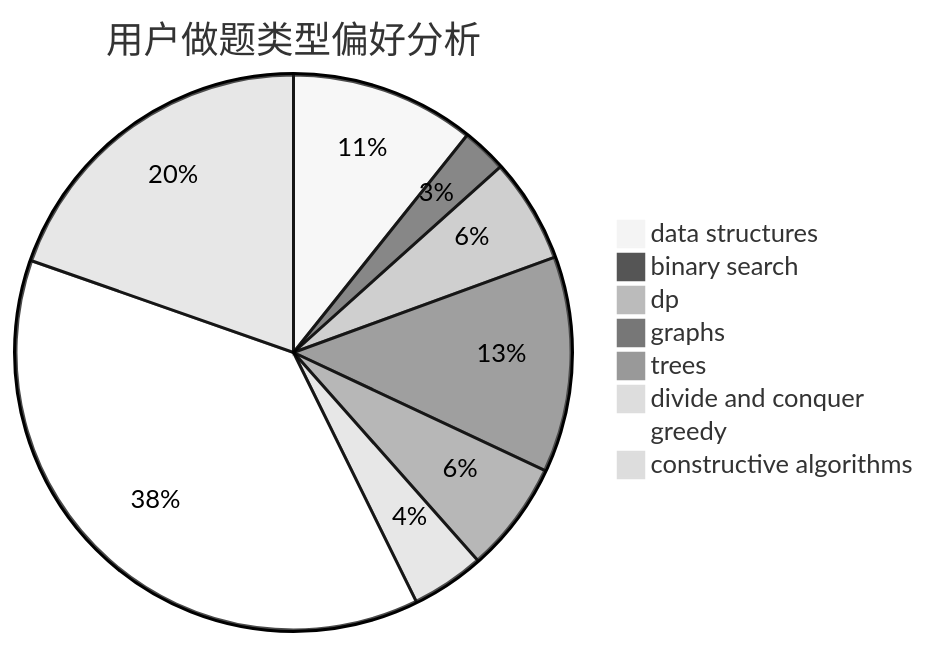
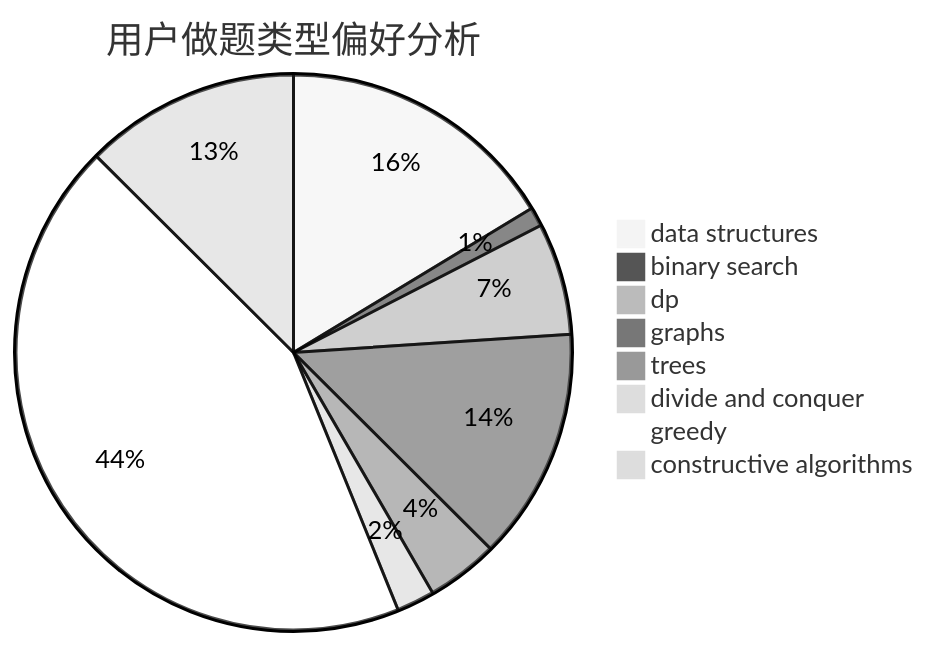
Before and after one commit to sherpahu/cfrs.github.io: the second of 3 diagrams in docs/user/u527.md, drawn with Mermaid (neutral theme). The commit also changed other lines of this file and 2770 other files, not shown here.

````diff
--- a/docs/user/u527.md
+++ b/docs/user/u527.md
@@ -23,11 +23,11 @@
 ```mermaid
 pie title 用户做题类型偏好分析
-    "data structures" :  53
-    "binary search" :  13
-    "dp" :  30
-    "graphs" :  62
-    "trees" :  32
-    "divide and conquer" :  21
-    "greedy" :  186
-    "constructive algorithms" :  97
+    "data structures" :  133
+    "binary search" :  9
+    "dp" :  53
+    "graphs" :  110
+    "trees" :  34
+    "divide and conquer" :  18
+    "greedy" :  355
+    "constructive algorithms" :  102
 ```
````
